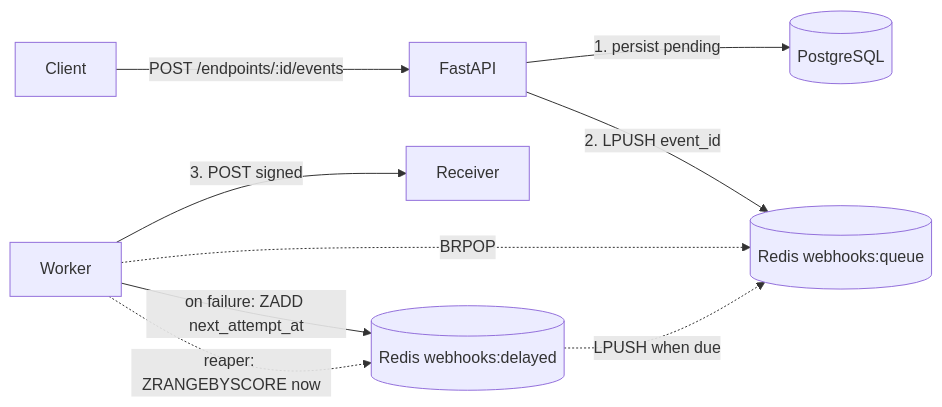
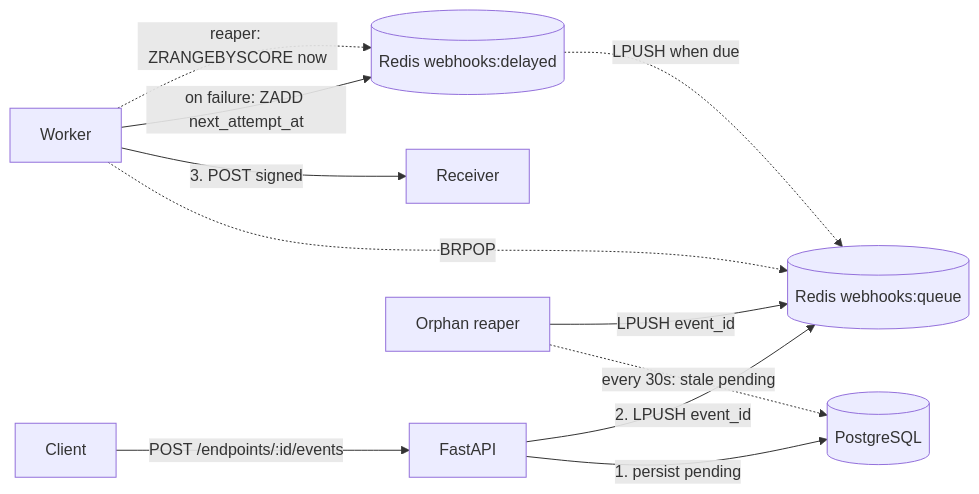
Before and after one commit to ManuelRuizJ/hook-relay: the diagram in README.md, drawn with Mermaid. The commit also changed other lines of this file, not shown here.

First line of the commit message:
docs: document the orphan reaper

````diff
--- a/README.md
+++ b/README.md
@@ -26,11 +26,13 @@
 ```mermaid
 flowchart LR
     Client[Client] -->|POST /endpoints/:id/events| API[FastAPI]
     API -->|1. persist pending| PG[(PostgreSQL)]
     API -->|2. LPUSH event_id| Q[(Redis webhooks:queue)]
     Worker[Worker] -.->|BRPOP| Q
     Worker -->|3. POST signed| Receiver[Receiver]
     Worker -->|on failure: ZADD next_attempt_at| D[(Redis webhooks:delayed)]
     Worker -.->|reaper: ZRANGEBYSCORE now| D
     D -.->|LPUSH when due| Q
+    Reaper[Orphan reaper] -.->|every 30s: stale pending| PG
+    Reaper -->|LPUSH event_id| Q
 ```
````
